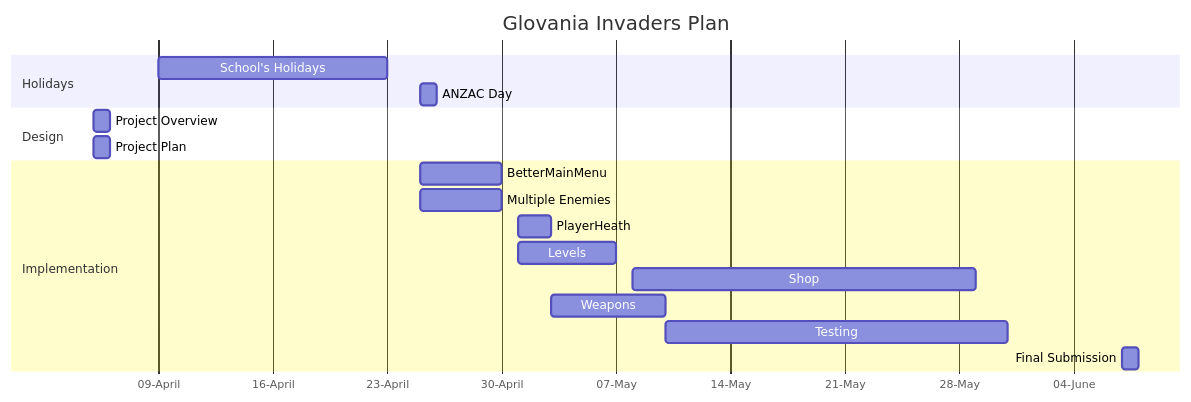
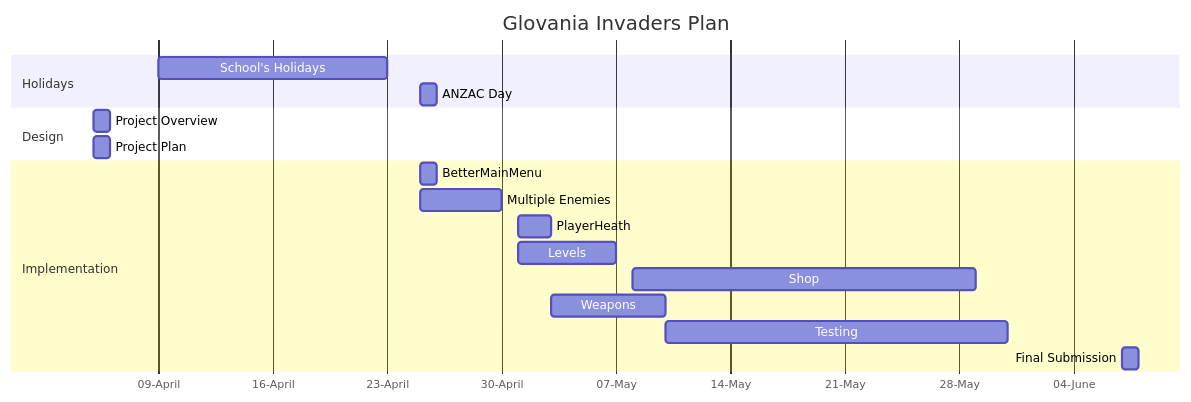
The diagram in Design.md (Glovania/Space-Invading), drawn with Mermaid before and after one commit.

Commit message:
📃 docs: Update Project Plan
Finish ultilising better Main Menu.

````diff
--- a/Design.md
+++ b/Design.md
@@ -31,27 +31,27 @@
 ```mermaid
 gantt
     title Glovania Invaders Plan
     dateFormat DD-MM-YYYY
     axisFormat %d-%B
     tickInterval 1week
 
     section Holidays
     School's Holidays: 09-04-2023, 23-04-2023
     ANZAC Day: 25-04-2023, 1d
 
     section Design
     Project Overview: 05-04-2023, 1d
     Project Plan: 05-04-2023, 1d
 
     section Implementation
-    BetterMainMenu: 25-04-2023, 30-04-2023
+    BetterMainMenu: 25-04-2023, 1d
     Multiple Enemies: 25-04-2023, 30-04-2023
     PlayerHeath: 01-05-2023, 03-05-2023
     Levels: 01-05-2023, 07-05-2023
     Shop: 08-05-2023, 29-05-2023
     Weapons: 03-05-2023, 10-05-2023
 
 
     Testing: 31-05-2023
     Final Submission: 07-06-2023, 1d
 ```
````
